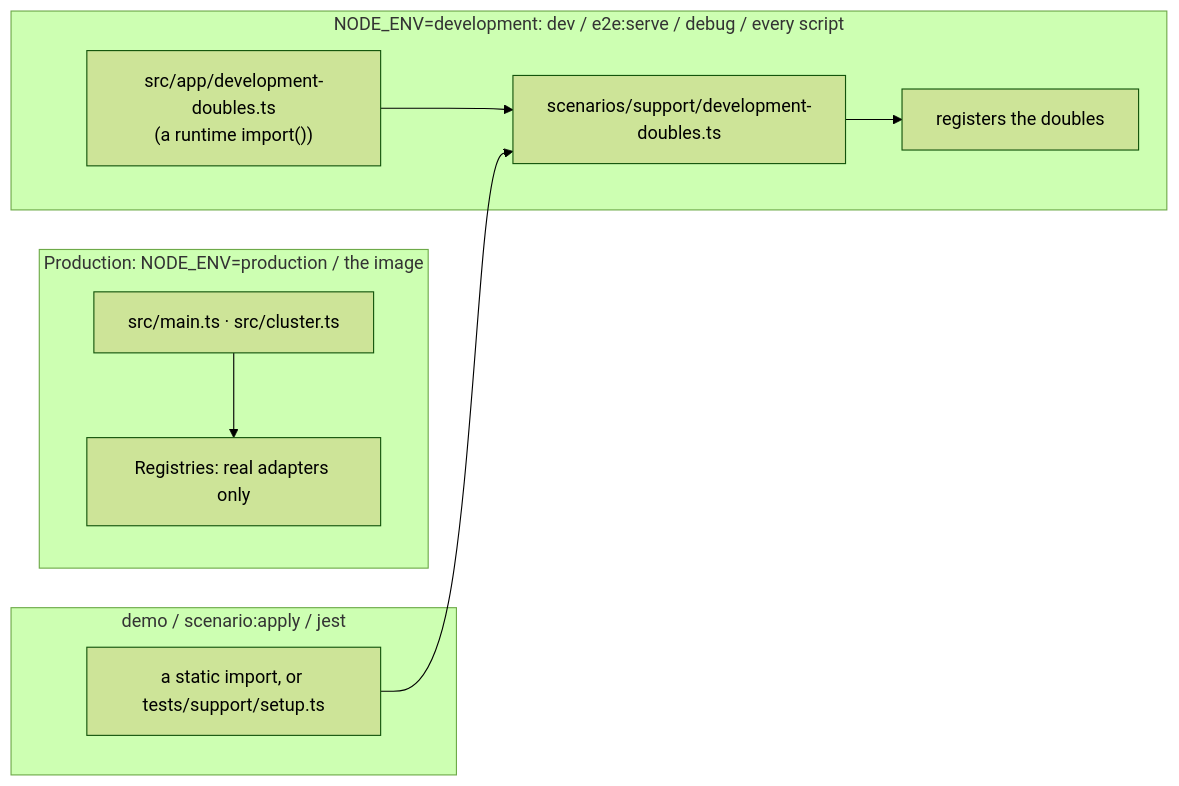
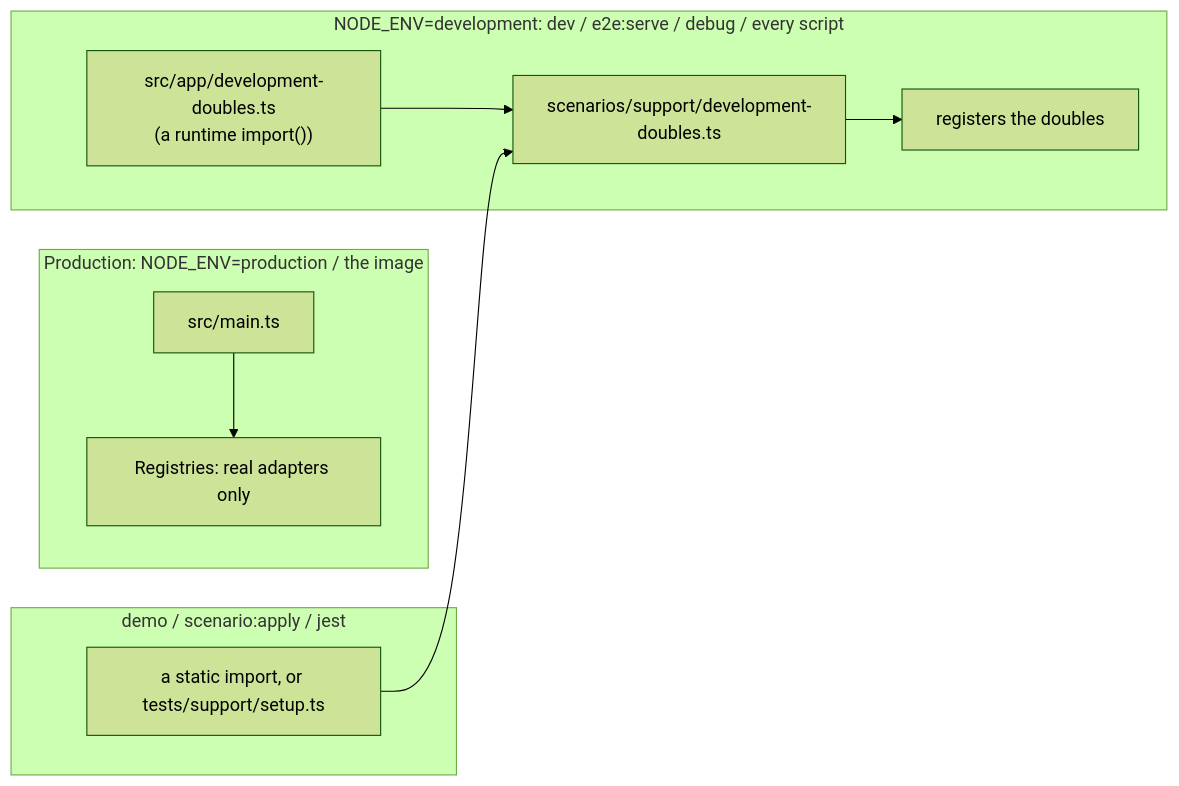
One commit to Guebbit/boilerplate-node-backend changed the diagram in docs/build/test-doubles.md. Above: the diagram before and after it, drawn with Mermaid (forest theme). The commit also changed other lines of this file and 94 other files, not shown here.

First line of the commit message:
refactor(runtime): delete cluster mode, scale with replicas only

````diff
--- a/docs/build/test-doubles.md
+++ b/docs/build/test-doubles.md
@@ -14,13 +14,13 @@
 ```mermaid
 flowchart LR
     subgraph image["Production: NODE_ENV=production / the image"]
-        entry["src/main.ts · src/cluster.ts"] --> registries["Registries: real adapters only"]
+        entry["src/main.ts"] --> registries["Registries: real adapters only"]
     end
     subgraph dev["NODE_ENV=development: dev / e2e:serve / debug / every script"]
         loader["src/app/development-doubles.ts<br/>(a runtime import())"] --> file["scenarios/support/development-doubles.ts"]
         file --> doubles["registers the doubles"]
     end
     subgraph other["demo / scenario:apply / jest"]
         direct["a static import, or tests/support/setup.ts"] --> file
     end
 ```
````
